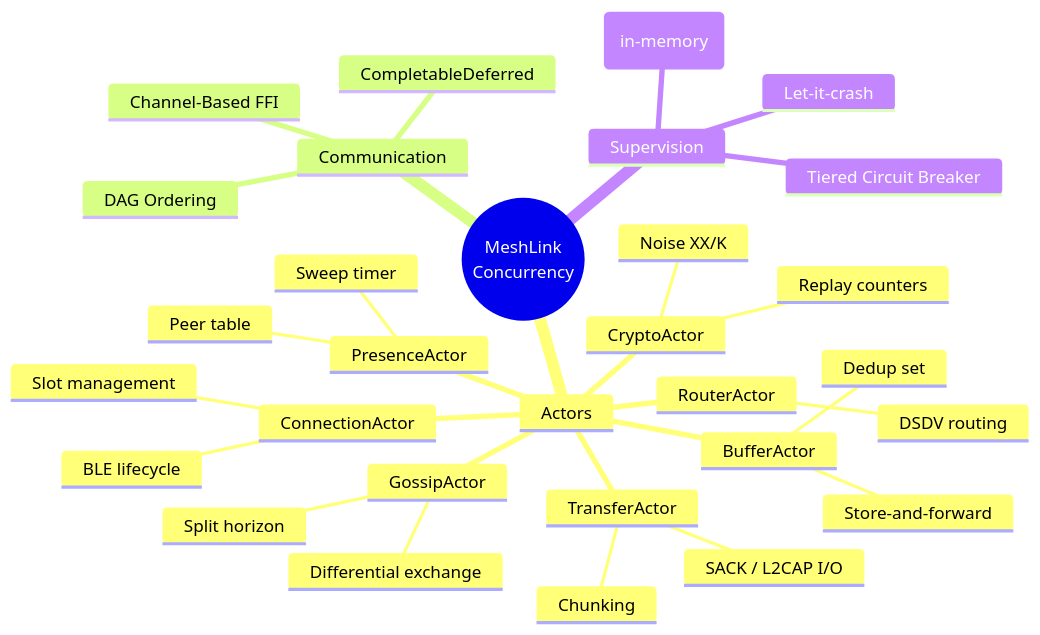
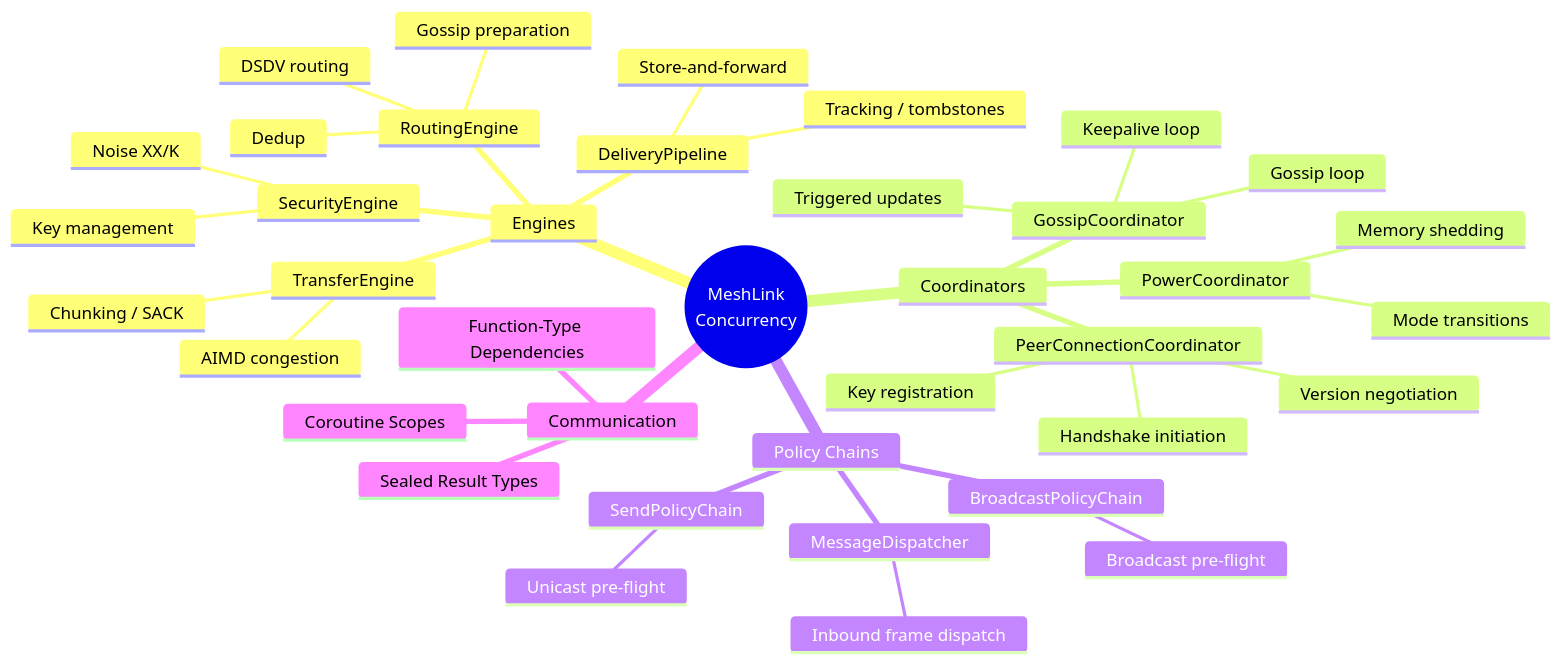
The seventh of 7 diagrams in UBIQUITOUS_LANGUAGE.md (trancee/MeshLink), drawn with Mermaid before and after one commit. The commit also changed other lines of this file and 5 other files, not shown here.

````diff
--- a/UBIQUITOUS_LANGUAGE.md
+++ b/UBIQUITOUS_LANGUAGE.md
@@ -394,33 +394,41 @@
 ```mermaid
 mindmap
   root((MeshLink<br/>Concurrency))
-    Actors
-      ConnectionActor
-        BLE lifecycle
-        Slot management
-      CryptoActor
+    Engines
+      SecurityEngine
         Noise XX/K
-        Replay counters
-      TransferActor
-        Chunking
-        SACK / L2CAP I/O
-      RouterActor
+        Key management
+      RoutingEngine
         DSDV routing
-      BufferActor
+        Gossip preparation
+        Dedup
+      TransferEngine
+        Chunking / SACK
+        AIMD congestion
+      DeliveryPipeline
+        Tracking / tombstones
         Store-and-forward
-        Dedup set
-      PresenceActor
-        Sweep timer
-        Peer table
-      GossipActor
-        Differential exchange
-        Split horizon
+    Coordinators
+      GossipCoordinator
+        Gossip loop
+        Keepalive loop
+        Triggered updates
+      PeerConnectionCoordinator
+        Version negotiation
+        Key registration
+        Handshake initiation
+      PowerCoordinator
+        Mode transitions
+        Memory shedding
+    Policy Chains
+      SendPolicyChain
+        Unicast pre-flight
+      BroadcastPolicyChain
+        Broadcast pre-flight
+      MessageDispatcher
+        Inbound frame dispatch
     Communication
-      Channel-Based FFI
-      CompletableDeferred
-      DAG Ordering
-    Supervision
-      Let-it-crash
-      Tiered Circuit Breaker
-      Crash History (in-memory)
+      Coroutine Scopes
+      Sealed Result Types
+      Function-Type Dependencies
 ```
````
